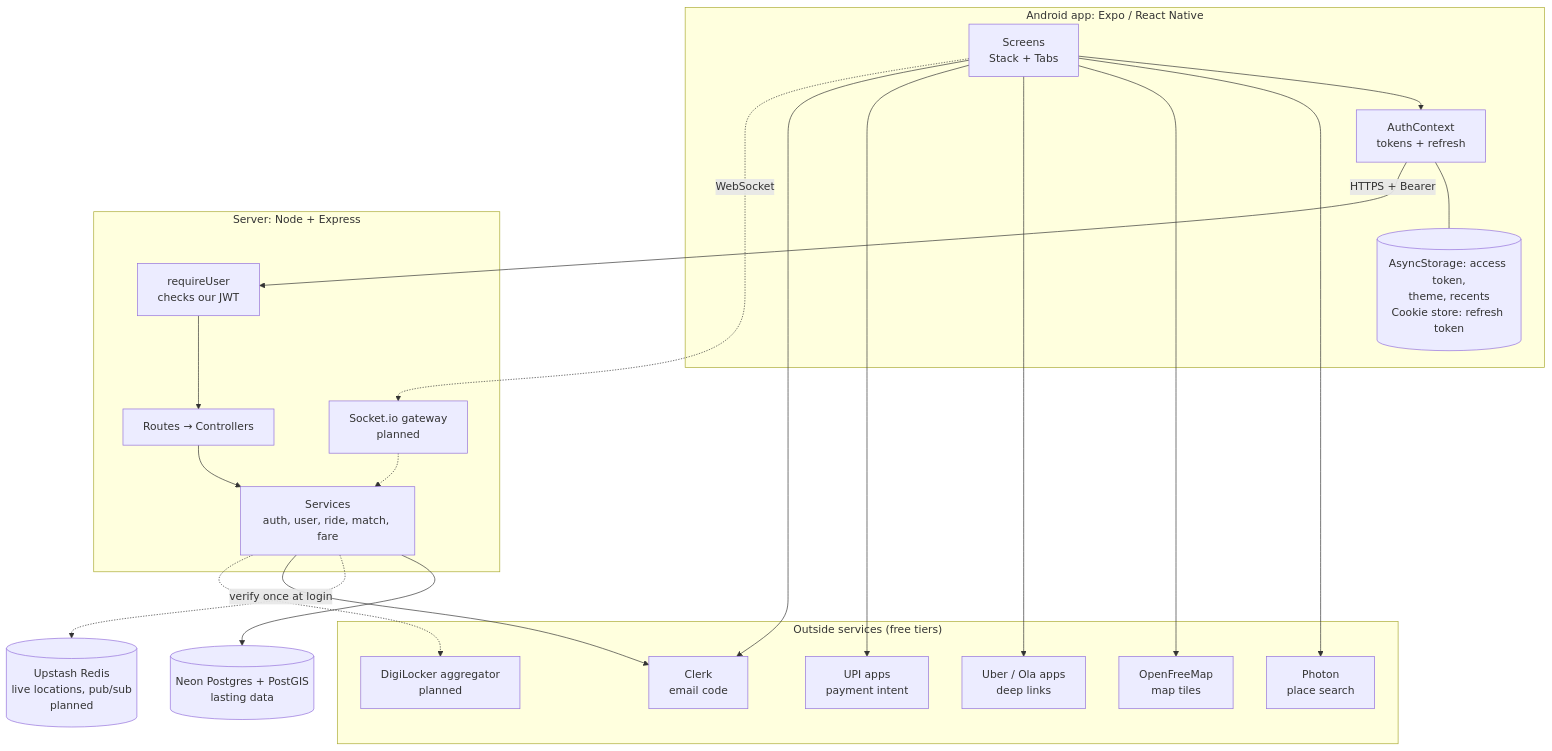
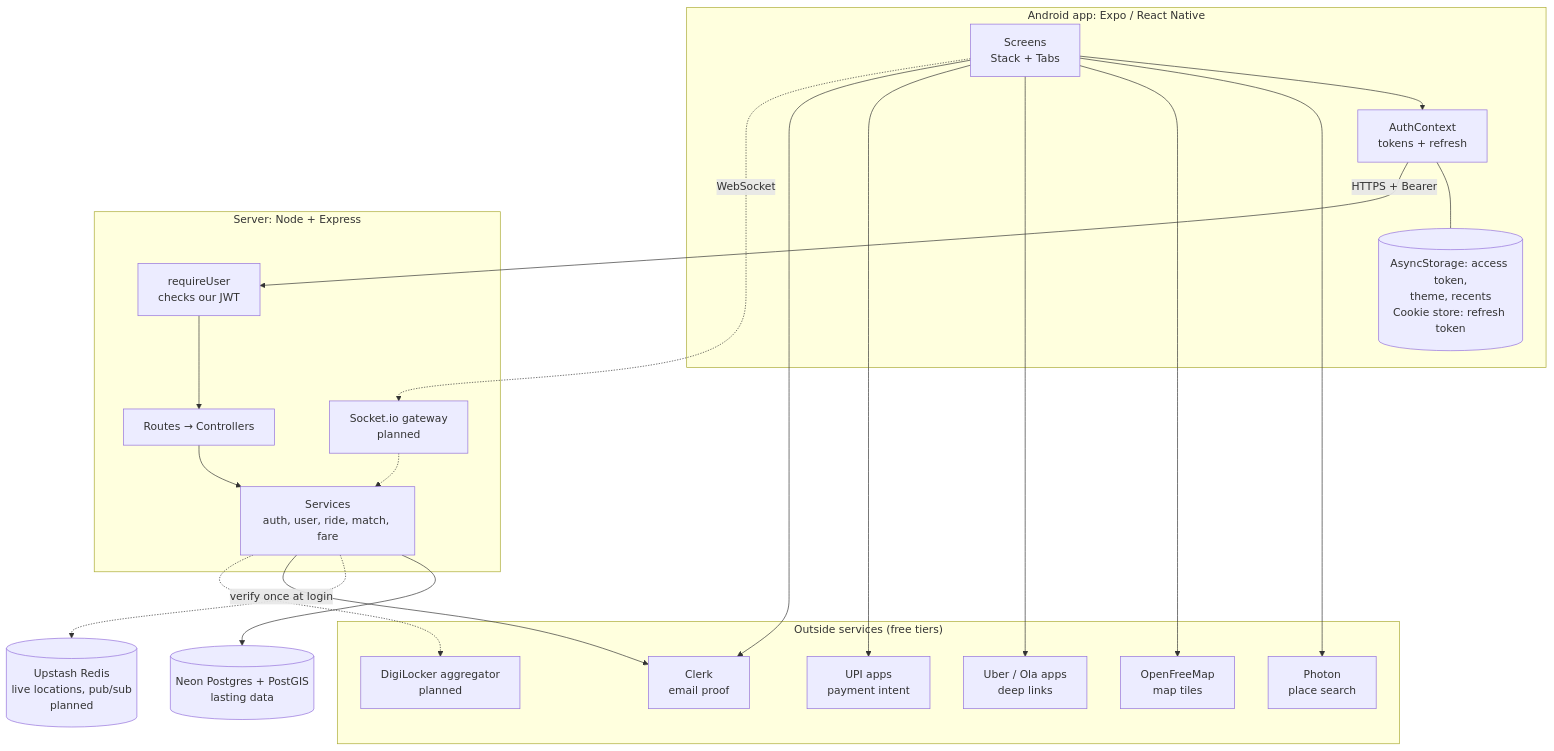
Before and after one commit to yatinsingh2007/HopShare: the first of 14 diagrams in README.md, drawn with Mermaid. The commit also changed other lines of this file and 9 other files, not shown here.

````diff
--- a/README.md
+++ b/README.md
@@ -72,41 +72,41 @@
 ```mermaid
 flowchart TB
     subgraph Phone["Android app: Expo / React Native"]
         Screens[Screens<br/>Stack + Tabs]
         Auth[AuthContext<br/>tokens + refresh]
         Store[(AsyncStorage: access token,<br/>theme, recents<br/>Cookie store: refresh token)]
     end
 
     subgraph Ext["Outside services (free tiers)"]
-        Clerk[Clerk<br/>email code]
+        Clerk[Clerk<br/>email proof]
         Photon[Photon<br/>place search]
         Tiles[OpenFreeMap<br/>map tiles]
         CabApps[Uber / Ola apps<br/>deep links]
         UPI[UPI apps<br/>payment intent]
         DL[DigiLocker aggregator<br/>planned]
     end
 
     subgraph API["Server: Node + Express"]
         MW[requireUser<br/>checks our JWT]
         Routes[Routes → Controllers]
         Services[Services<br/>auth, user, ride, match, fare]
         Sock[Socket.io gateway<br/>planned]
     end
 
     PG[(Neon Postgres + PostGIS<br/>lasting data)]
     Redis[(Upstash Redis<br/>live locations, pub/sub<br/>planned)]
 
     Screens --> Auth
     Auth --- Store
     Screens --> Photon
     Screens --> Tiles
     Screens --> CabApps
     Screens --> UPI
     Screens --> Clerk
     Auth -- HTTPS + Bearer --> MW --> Routes --> Services
     Screens -. WebSocket .-> Sock -.-> Services
     Services --> PG
     Services -.-> Redis
     Services -- verify once at login --> Clerk
     Services -.-> DL
 ```
````
